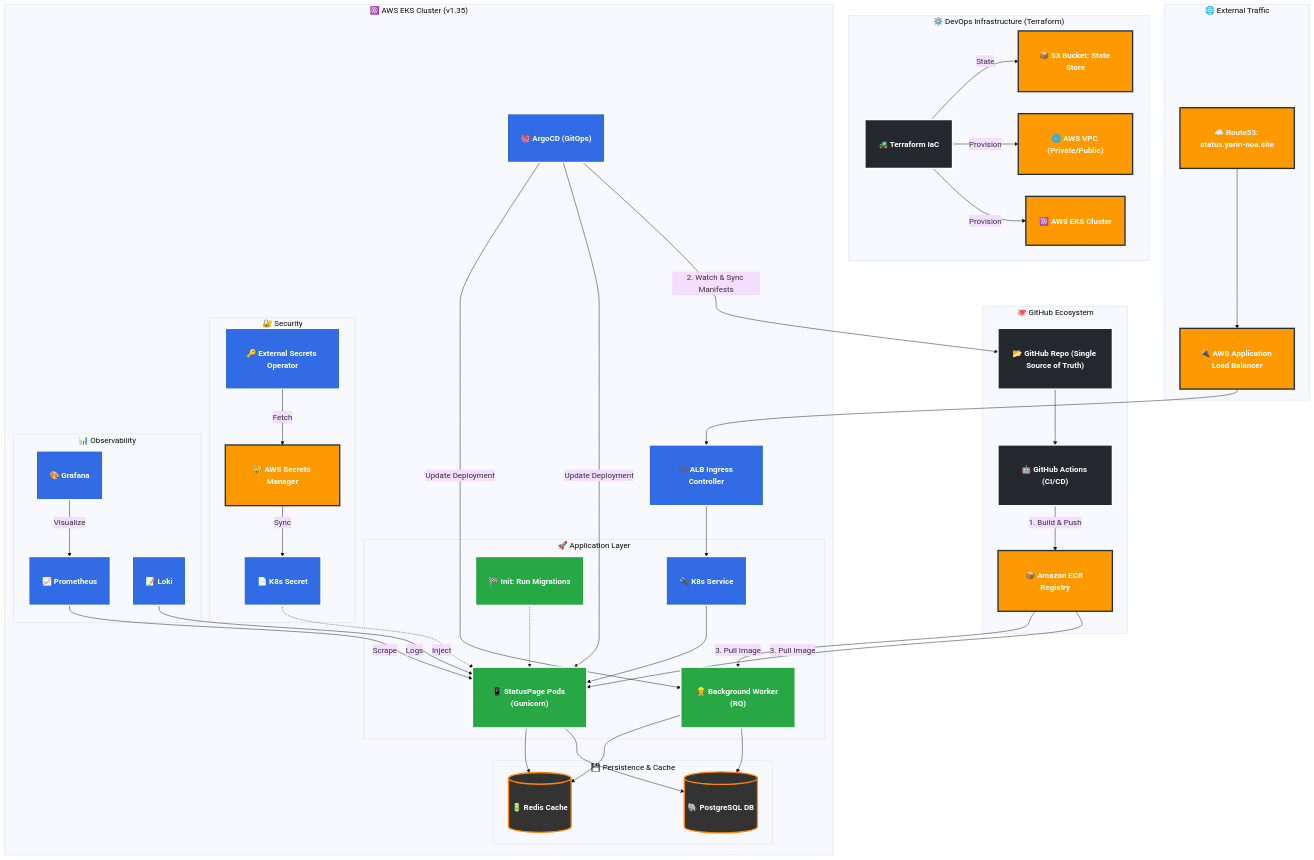
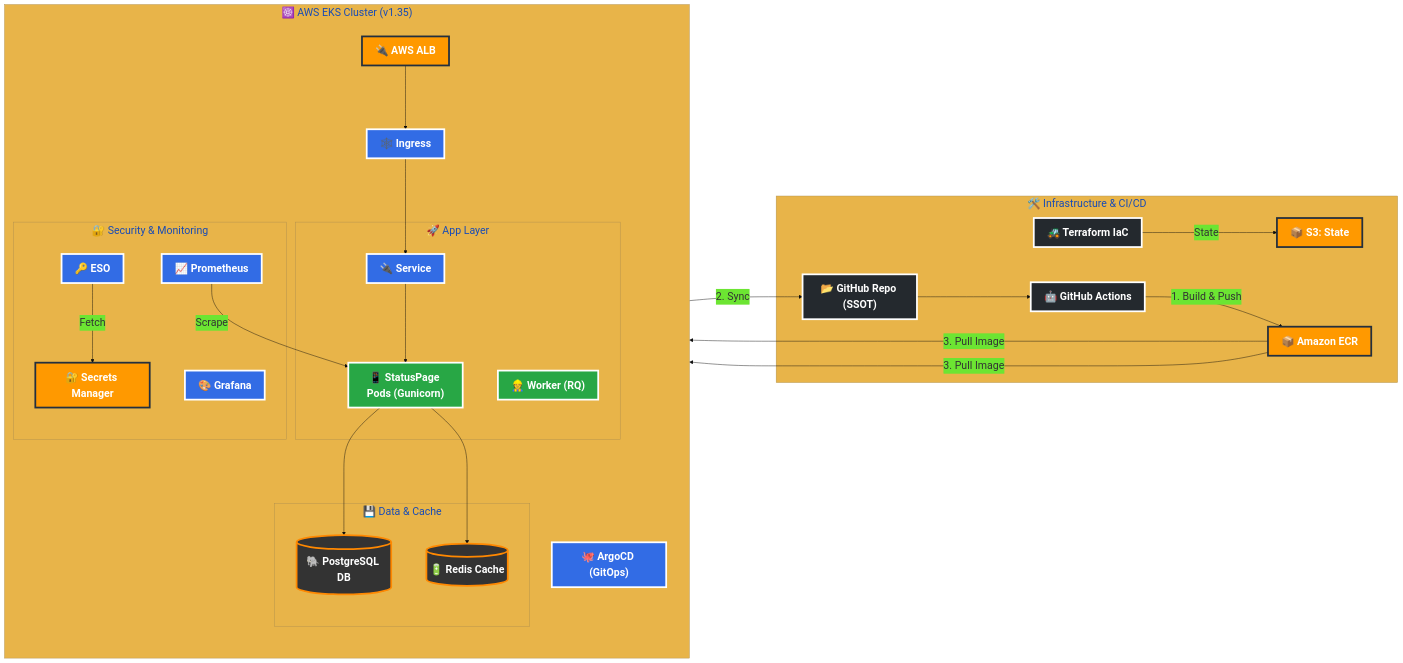
The diagram in README.md (yarinalma6/nitzanim-final-workshop), drawn with Mermaid before and after one commit.

Commit message:
docs: optimize Mermaid diagram for maximum readability (LR layout, 24px fonts)

````diff
--- a/README.md
+++ b/README.md
@@ -27,62 +27,43 @@
 ```mermaid
-%%{init: {'theme': 'base', 'themeVariables': { 'fontSize': '18px', 'fontFamily': 'Inter, system-ui, sans-serif'}}}%%
-graph TD
+%%{init: {'theme': 'base', 'themeVariables': { 'fontSize': '24px', 'fontFamily': 'arial', 'primaryColor': '#326ce5'}, 'flowchart': {'nodeSpacing': 80, 'rankSpacing': 120, 'curve': 'basis'}}}%%
+graph LR
     %% Global Styles
-    classDef aws fill:#FF9900,stroke:#232F3E,stroke-width:3px,color:white,font-weight:bold,padding:20px;
-    classDef k8s fill:#326ce5,stroke:#fff,stroke-width:3px,color:white,font-weight:bold,padding:20px;
-    classDef db fill:#333,stroke:#f80,stroke-width:3px,color:white,font-weight:bold,padding:20px;
-    classDef gh fill:#24292e,stroke:#fff,stroke-width:3px,color:white,font-weight:bold,padding:20px;
-    classDef app fill:#28a745,stroke:#fff,stroke-width:3px,color:white,font-weight:bold,padding:20px;
+    classDef aws fill:#FF9900,stroke:#232F3E,stroke-width:4px,color:white,font-weight:bold;
+    classDef k8s fill:#326ce5,stroke:#fff,stroke-width:4px,color:white,font-weight:bold;
+    classDef db fill:#333,stroke:#f80,stroke-width:4px,color:white,font-weight:bold;
+    classDef gh fill:#24292e,stroke:#fff,stroke-width:4px,color:white,font-weight:bold;
+    classDef app fill:#28a745,stroke:#fff,stroke-width:4px,color:white,font-weight:bold;
 
-    subgraph "🌐 External Traffic"
-        DNS["☁️ Route53: status.yarin-noa.site"]:::aws --> ALB["🔌 AWS Application Load Balancer"]:::aws
-    end
-
-    subgraph "⚙️ DevOps Infrastructure (Terraform)"
-        TF["🚜 Terraform IaC"]:::gh -->|State| S3["📦 S3 Bucket: State Store"]:::aws
-        TF -->|Provision| VPC["🌐 AWS VPC (Private/Public)"]:::aws
-        TF -->|Provision| EKS["☸️ AWS EKS Cluster"]:::aws
-    end
-
-    subgraph "🐙 GitHub Ecosystem"
-        Repo["📂 GitHub Repo (Single Source of Truth)"]:::gh --> GHA["🤖 GitHub Actions (CI/CD)"]:::gh
-        GHA -->|1. Build & Push| ECR["📦 Amazon ECR Registry"]:::aws
+    subgraph "🛠️ Infrastructure & CI/CD"
+        TF["🚜 Terraform IaC"]:::gh -->|State| S3["📦 S3: State"]:::aws
+        Repo["📂 GitHub Repo (SSOT)"]:::gh --> GHA["🤖 GitHub Actions"]:::gh
+        GHA -->|1. Build & Push| ECR["📦 Amazon ECR"]:::aws
     end
 
     subgraph "☸️ AWS EKS Cluster (v1.35)"
-        ALB --> Ing["🕸️ ALB Ingress Controller"]:::k8s
-        Ing --> SVC["🔌 K8s Service"]:::k8s
+        direction TB
+        Argo["🐙 ArgoCD (GitOps)"]:::k8s -- "2. Sync" --> Repo
         
-        subgraph "🚀 Application Layer"
+        ALB["🔌 AWS ALB"]:::aws --> Ing["🕸️ Ingress"]:::k8s
+        Ing --> SVC["🔌 Service"]:::k8s
+        
+        subgraph "🚀 App Layer"
             SVC --> Pods["📱 StatusPage Pods (Gunicorn)"]:::app
-            Worker["👷 Background Worker (RQ)"]:::app
-            Init["🏁 Init: Run Migrations"]:::app -.-> Pods
+            Worker["👷 Worker (RQ)"]:::app
         end
 
         ECR -->|3. Pull Image| Pods
         ECR -->|3. Pull Image| Worker
 
-        subgraph "💾 Persistence & Cache"
+        subgraph "💾 Data & Cache"
             Pods --> DB[("🐘 PostgreSQL DB")]:::db
-            Worker --> DB
             Pods --> Cache[("🔋 Redis Cache")]:::db
-            Worker --> Cache
         end
         
-        Argo["🐙 ArgoCD (GitOps)"]:::k8s -- "2. Watch & Sync Manifests" --> Repo
-        Argo -- "Update Deployment" --> Pods
-        Argo -- "Update Deployment" --> Worker
-        
-        subgraph "🔐 Security"
-            ESO["🔑 External Secrets Operator"]:::k8s -->|Fetch| SM["🔐 AWS Secrets Manager"]:::aws
-            SM -->|Sync| K8sSec["📄 K8s Secret"]:::k8s
-            K8sSec -.->|Inject| Pods
-        end
-        
-        subgraph "📊 Observability"
+        subgraph "🔐 Security & Monitoring"
+            ESO["🔑 ESO"]:::k8s -->|Fetch| SM["🔐 Secrets Manager"]:::aws
             Prom["📈 Prometheus"]:::k8s -->|Scrape| Pods
-            Graf["🎨 Grafana"]:::k8s -->|Visualize| Prom
-            Loki["📝 Loki"]:::k8s -->|Logs| Pods
+            Graf["🎨 Grafana"]:::k8s
         end
     end
 ```
````
